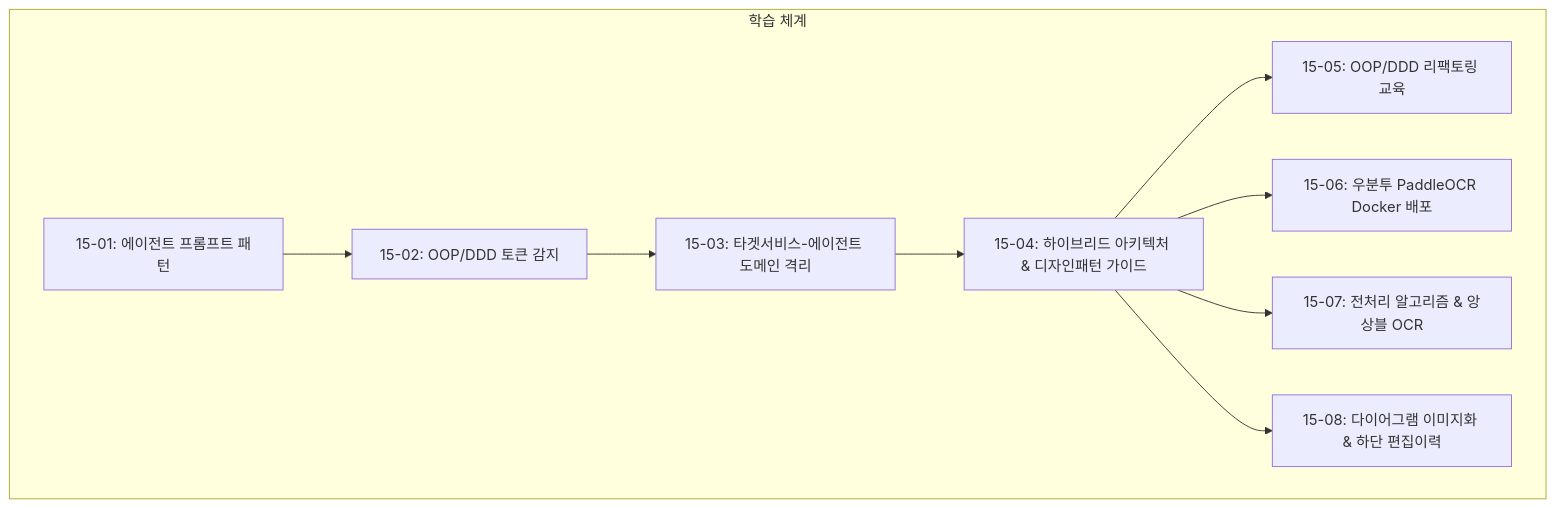
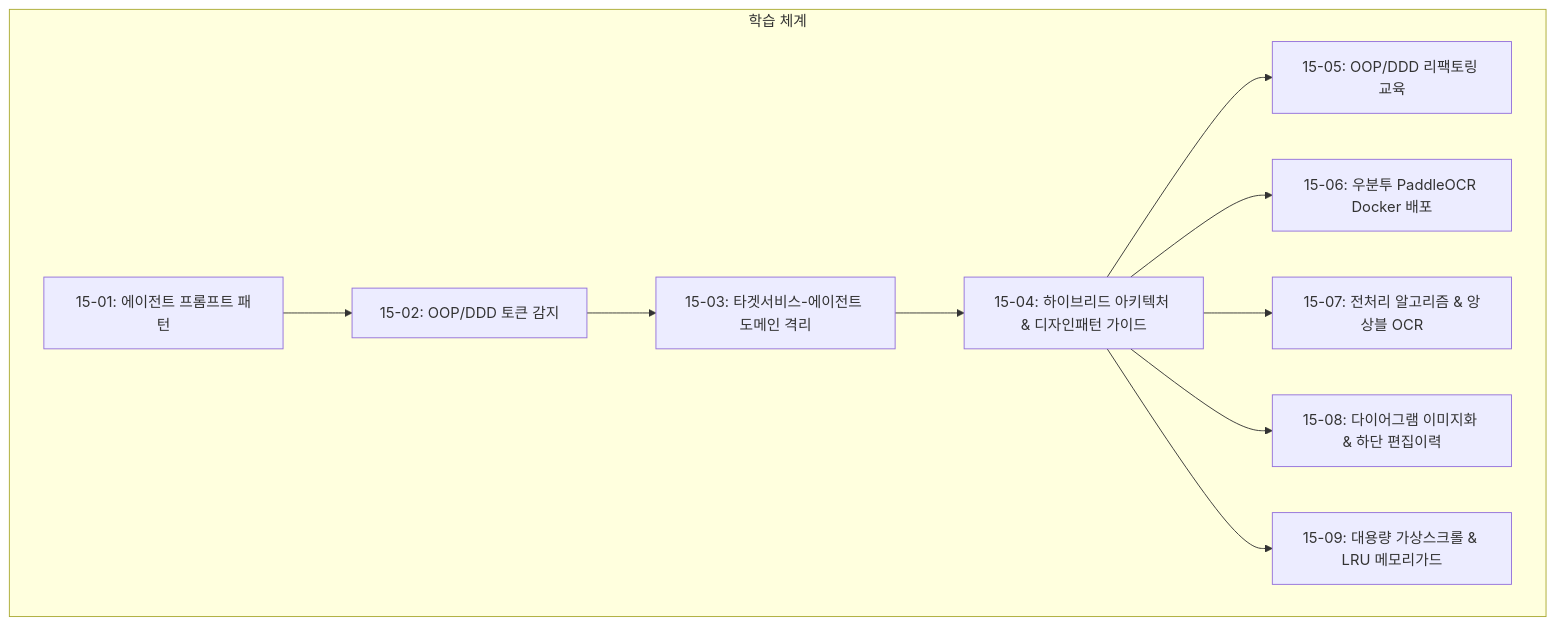
The diagram in docs/15.학습/README_학습.md (jkoogit/purePDFrend), drawn with Mermaid before and after one commit. The commit also changed other lines of this file and 234 other files, not shown here.

````diff
--- a/docs/15.학습/README_학습.md
+++ b/docs/15.학습/README_학습.md
@@ -23,12 +24,13 @@
 ```mermaid
 graph TD
     subgraph 학습 체계
         L1[15-01: 에이전트 프롬프트 패턴] --> L2[15-02: OOP/DDD 토큰 감지]
         L2 --> L3[15-03: 타겟서비스-에이전트 도메인 격리]
         L3 --> L4[15-04: 하이브리드 아키텍처 & 디자인패턴 가이드]
         L4 --> L5[15-05: OOP/DDD 리팩토링 교육]
         L4 --> L6[15-06: 우분투 PaddleOCR Docker 배포]
         L4 --> L7[15-07: 전처리 알고리즘 & 앙상블 OCR]
         L4 --> L8[15-08: 다이어그램 이미지화 & 하단 편집이력]
+        L4 --> L9[15-09: 대용량 가상스크롤 & LRU 메모리가드]
     end
 ```
````
